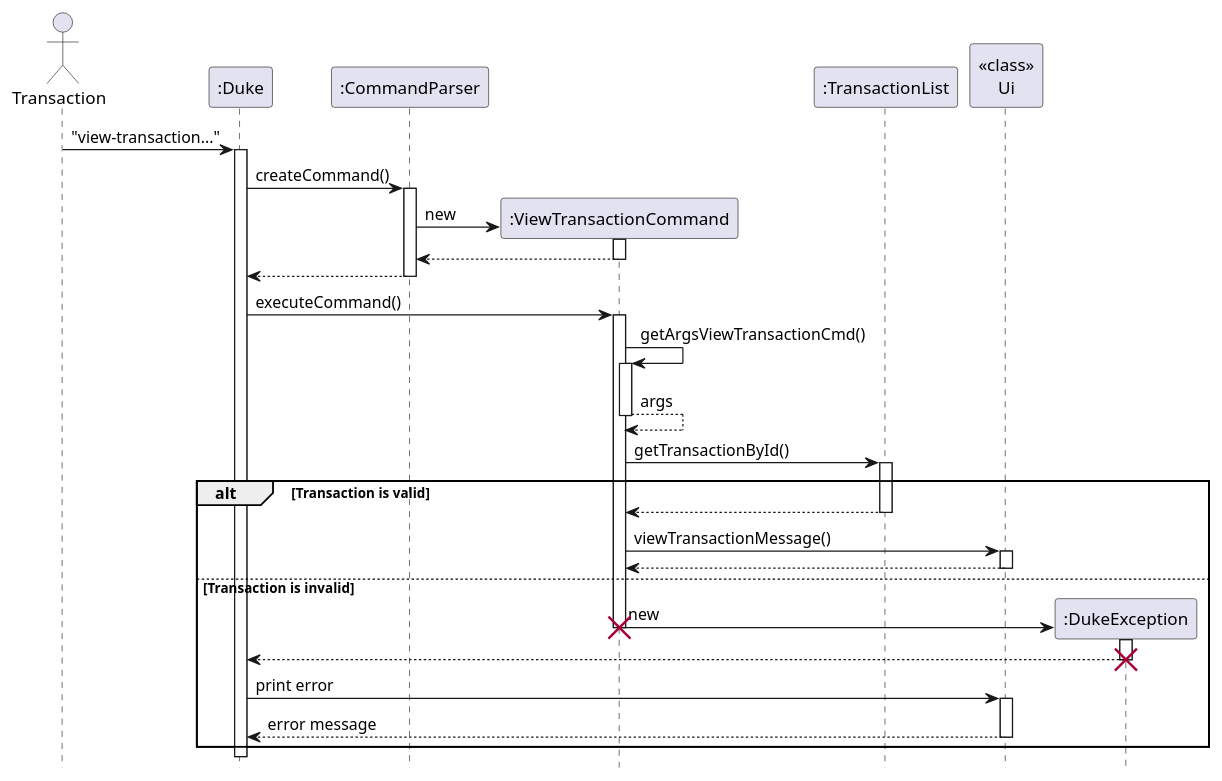
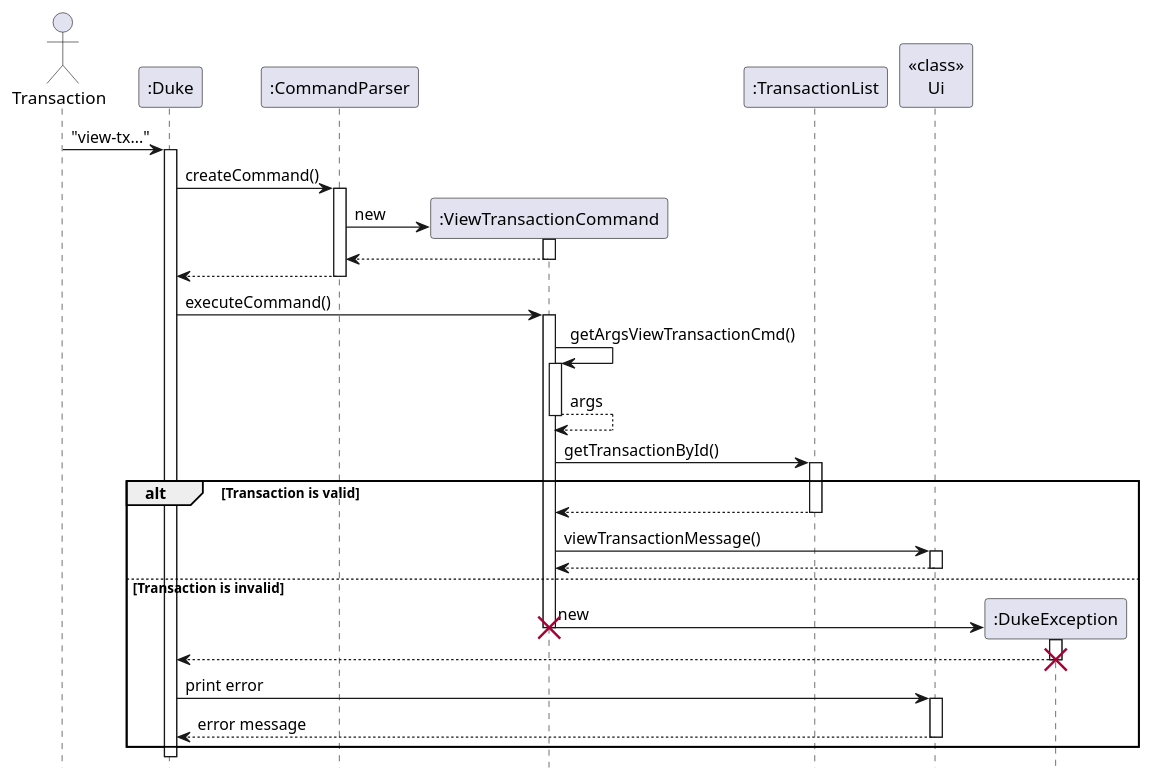
The diagram in docs/diagrams/transaction/ViewTransactionSequence.puml (nus-cs2113-AY2223S1/tp), drawn with PlantUML before and after one commit. The commit also changed 2 other files, not shown here.

```diff
--- a/docs/diagrams/transaction/ViewTransactionSequence.puml
+++ b/docs/diagrams/transaction/ViewTransactionSequence.puml
@@ -1,44 +1,44 @@
 @startuml
 hide footbox
 
 Actor Transaction
-"Transaction" -> ":Duke": "view-transaction..."
+"Transaction" -> ":Duke": "view-tx..."
 activate ":Duke"
 ":Duke" -> ":CommandParser": createCommand()
 activate ":CommandParser"
 ":CommandParser" -> ":ViewTransactionCommand"**: new
 activate ":ViewTransactionCommand"
 return
 ":CommandParser" --> ":Duke"
 deactivate
 
 ":Duke" -> ":ViewTransactionCommand" : executeCommand()
 activate ":ViewTransactionCommand"
 ":ViewTransactionCommand" -> ":ViewTransactionCommand": getArgsViewTransactionCmd()
 activate ":ViewTransactionCommand"
 return args
     ":ViewTransactionCommand" -> ":TransactionList": getTransactionById()
     activate ":TransactionList"
 alt Transaction is valid
     ":TransactionList" --> ":ViewTransactionCommand":
     deactivate ":TransactionList"
 
     ":ViewTransactionCommand" -> "<<class>>\nUi": viewTransactionMessage()
     activate "<<class>>\nUi"
     return
     deactivate "<<class>>\nUi"
     deactivate ":TransactionList"
 else Transaction is invalid
     ":ViewTransactionCommand" -> ":DukeException"** : new
     destroy ":ViewTransactionCommand"
     activate ":DukeException"
     ":DukeException" --> ":Duke"
     destroy ":DukeException"
     ":Duke" -> "<<class>>\nUi" : print error
     activate "<<class>>\nUi"
     "<<class>>\nUi" --> ":Duke" : error message
     deactivate "<<class>>\nUi"
 end
 deactivate ":ViewTransactionCommand"
 
 @enduml
```
